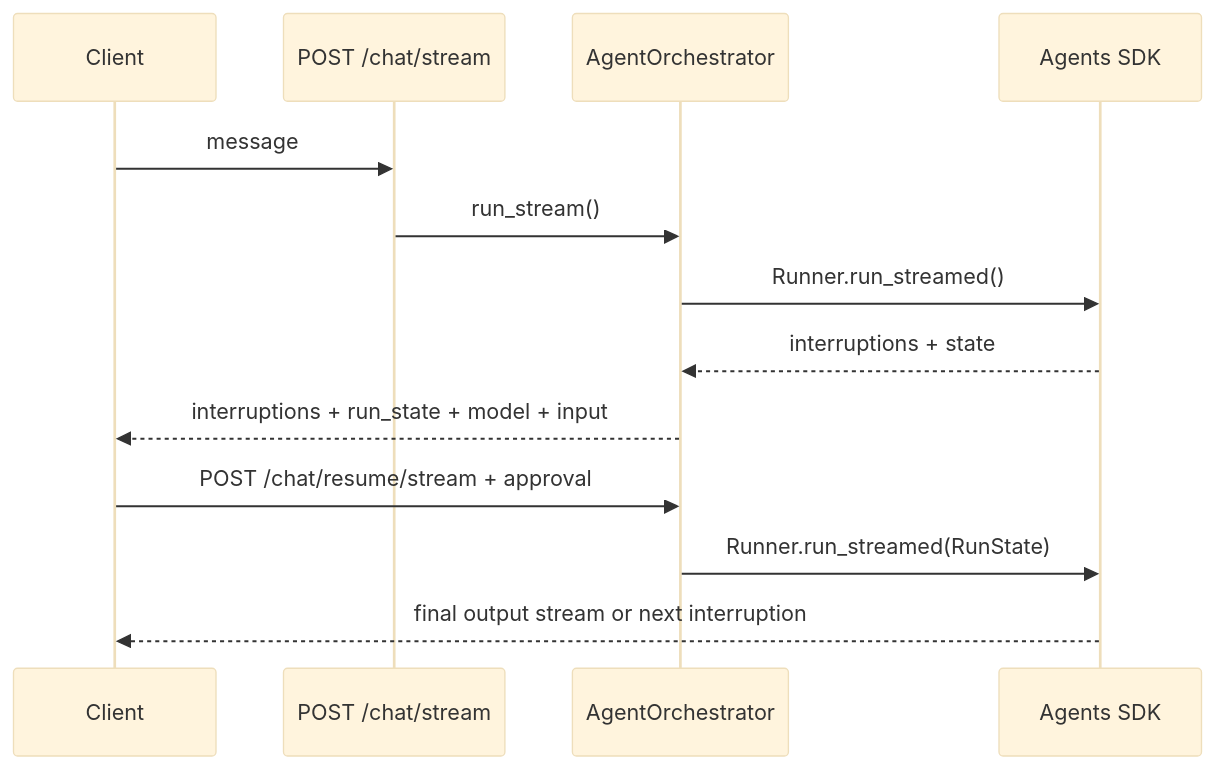
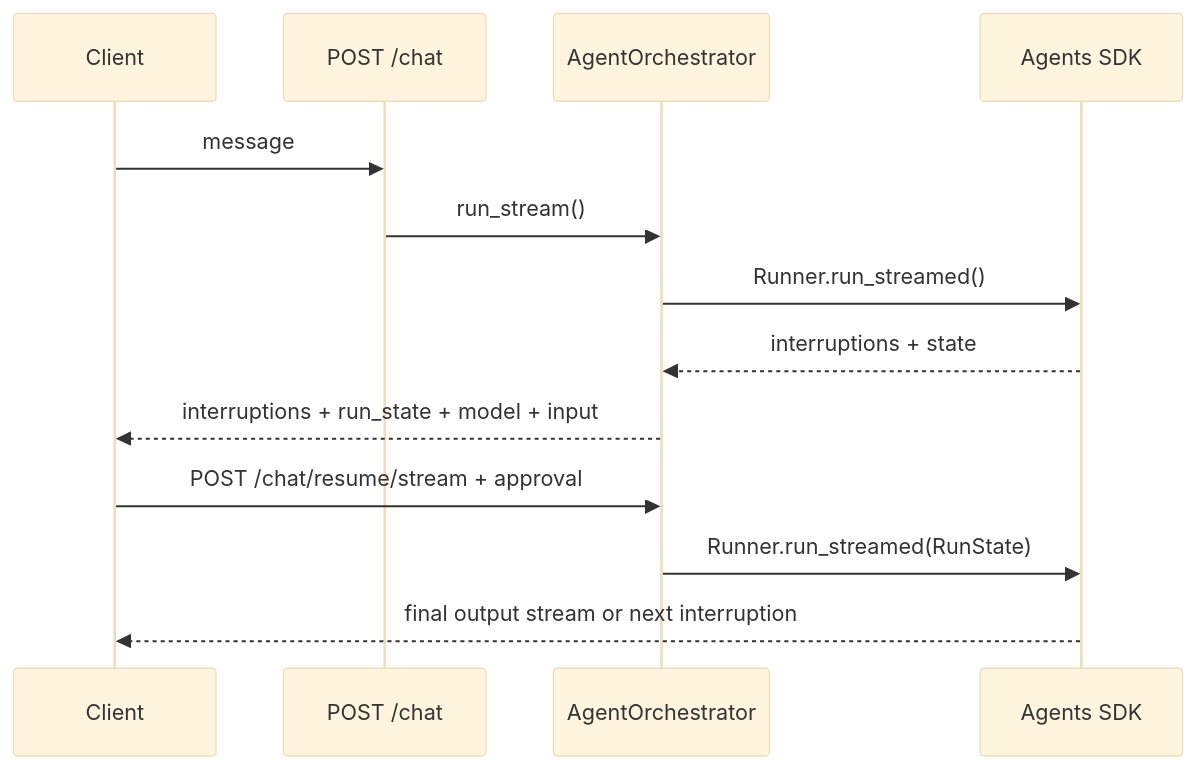
The diagram in docs/usage/AGENT_ORCHESTRATOR_USAGE.md (rnb-tron/openai-agents-harness), drawn with Mermaid (base theme) before and after one commit. The commit also changed 18 other files, not shown here.

````diff
--- a/docs/usage/AGENT_ORCHESTRATOR_USAGE.md
+++ b/docs/usage/AGENT_ORCHESTRATOR_USAGE.md
@@ -73,15 +73,15 @@
 ```mermaid
 sequenceDiagram
     participant Client
-    participant API as POST /chat/stream
+    participant API as POST /chat
     participant R as AgentOrchestrator
     participant SDK as Agents SDK
     Client->>API: message
     API->>R: run_stream()
     R->>SDK: Runner.run_streamed()
     SDK-->>R: interruptions + state
     R-->>Client: interruptions + run_state + model + input
     Client->>R: POST /chat/resume/stream + approval
     R->>SDK: Runner.run_streamed(RunState)
     SDK-->>Client: final output stream or next interruption
 ```
````
